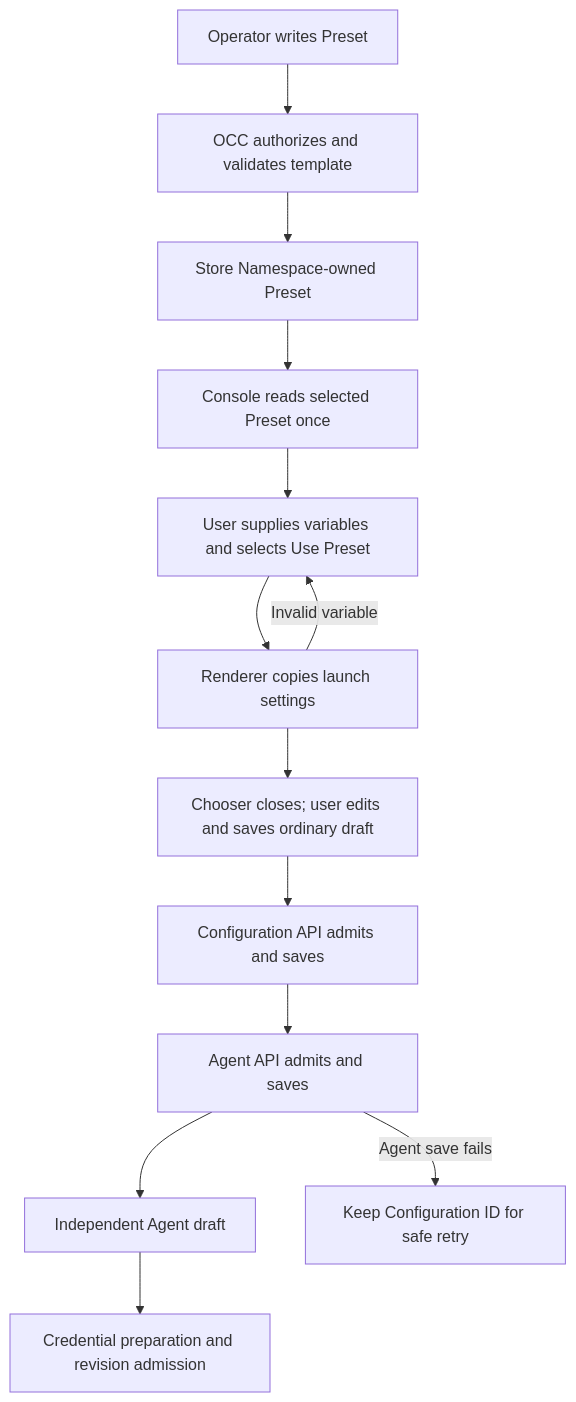
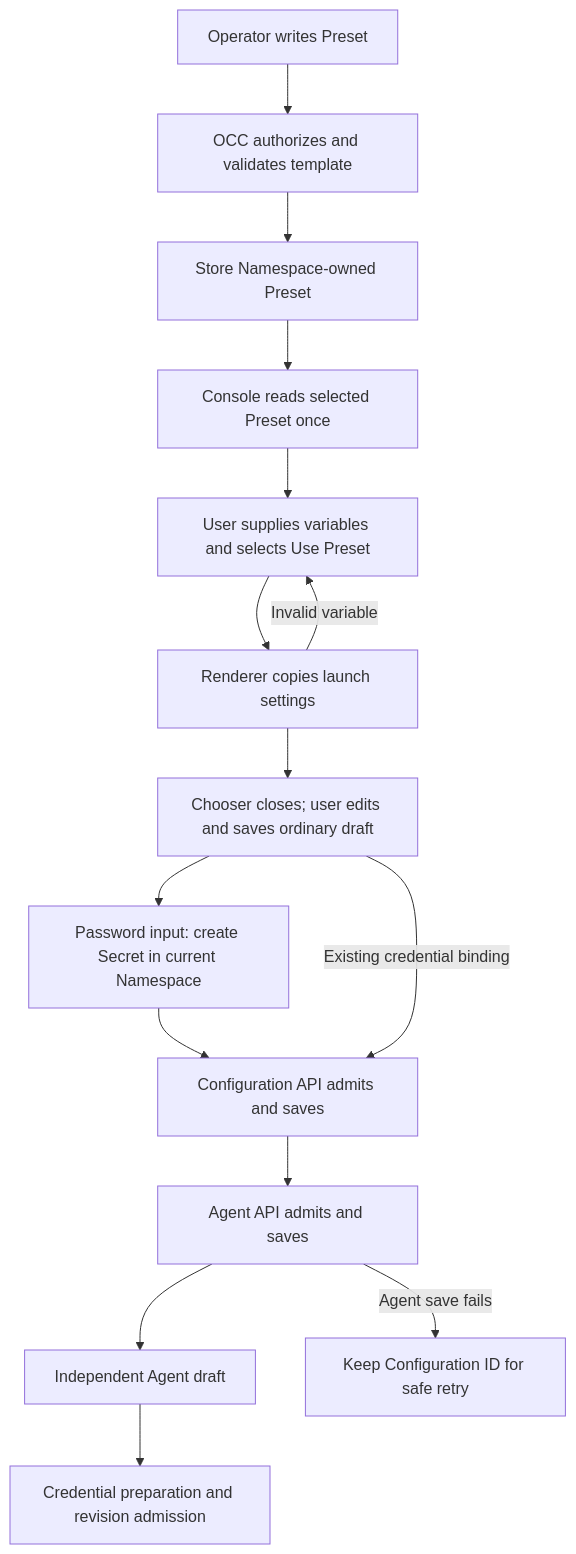
Before and after one commit to IsaiahStapleton/openclaw-enterprise: the diagram in docs/flows/agent-presets.md, drawn with Mermaid. The commit also changed other lines of this file and 18 other files, not shown here.

````diff
--- a/docs/flows/agent-presets.md
+++ b/docs/flows/agent-presets.md
@@ -29,15 +29,17 @@
 ```mermaid
 graph TD
   A["Operator writes Preset"] --> B["OCC authorizes and validates template"]
   B --> C["Store Namespace-owned Preset"]
   C --> D["Console reads selected Preset once"]
   D --> E["User supplies variables and selects Use Preset"]
   E --> F["Renderer copies launch settings"]
   F --> G["Chooser closes; user edits and saves ordinary draft"]
-  G --> H["Configuration API admits and saves"]
+  G --> S["Password input: create Secret in current Namespace"]
+  S --> H["Configuration API admits and saves"]
+  G -->|Existing credential binding| H
   H --> I["Agent API admits and saves"]
   I --> J["Independent Agent draft"]
   F -->|Invalid variable| E
   I -->|Agent save fails| K["Keep Configuration ID for safe retry"]
   J --> L["Credential preparation and revision admission"]
 ```
````
